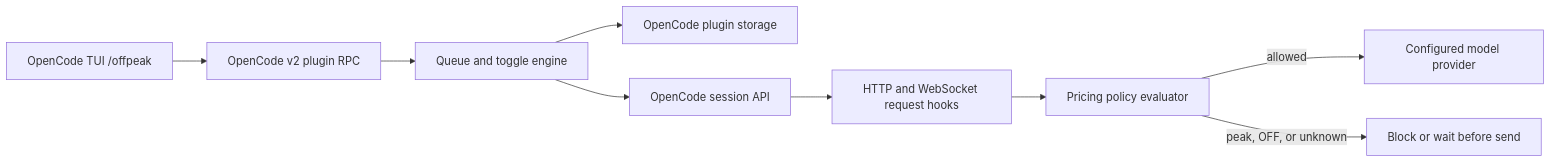
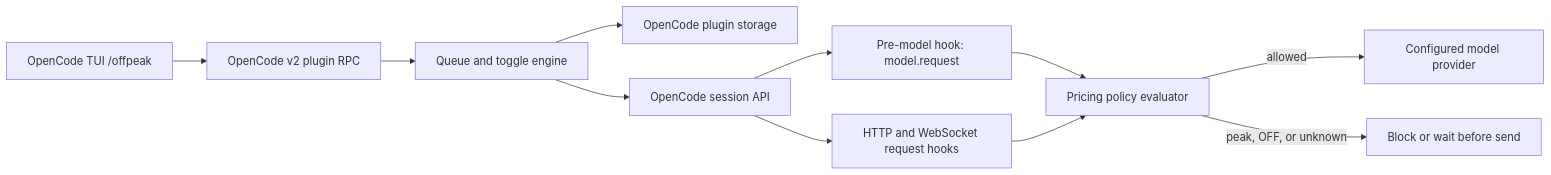
The first of 2 diagrams in ARCHITECTURE.md (lutzkind/opencode-offpeak), drawn with Mermaid before and after one commit. The commit also changed other lines of this file and 20 other files, not shown here.

````diff
--- a/ARCHITECTURE.md
+++ b/ARCHITECTURE.md
@@ -14,11 +14,13 @@
 ```mermaid
 flowchart LR
   TUI[OpenCode TUI /offpeak] --> RPC[OpenCode v2 plugin RPC]
   RPC --> Engine[Queue and toggle engine]
   Engine --> Storage[OpenCode plugin storage]
   Engine --> Sessions[OpenCode session API]
+  Sessions --> Defer[Pre-model hook: model.request]
   Sessions --> Guard[HTTP and WebSocket request hooks]
-  Guard --> Policy[Pricing policy evaluator]
+  Defer --> Policy[Pricing policy evaluator]
+  Guard --> Policy
   Policy -->|allowed| Provider[Configured model provider]
   Policy -->|peak, OFF, or unknown| Wait[Block or wait before send]
 ```
````
